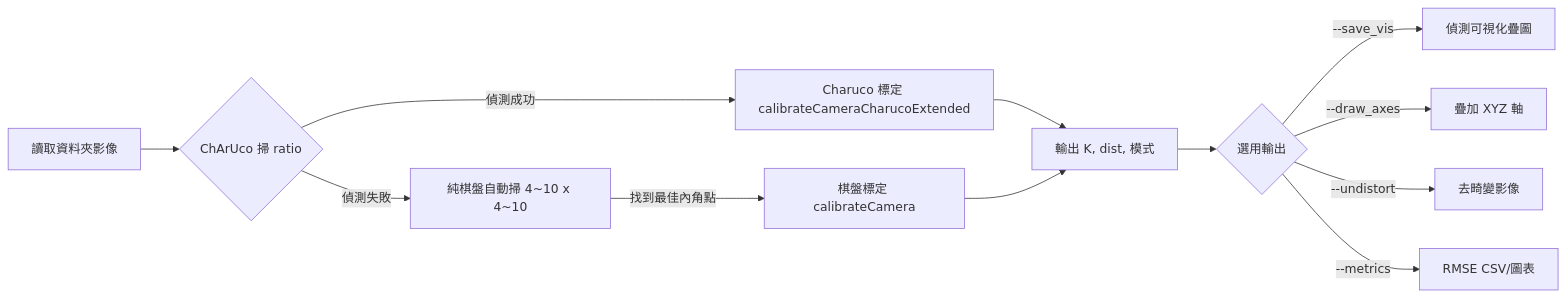
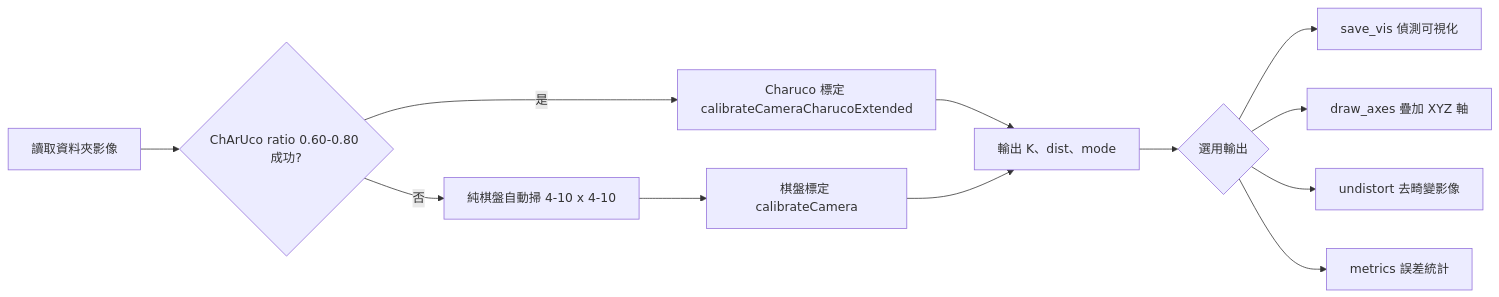
Before and after one commit to wstone302/Self-Cal: the diagram in README.md, drawn with Mermaid.

````diff
--- a/README.md
+++ b/README.md
@@ -69,14 +69,14 @@
 ```mermaid
 flowchart LR
-  A[讀取資料夾影像] --> B{ChArUco 掃 ratio}
-  B -->|偵測成功| C[Charuco 標定 calibrateCameraCharucoExtended]
-  B -->|偵測失敗| D[純棋盤自動掃 4~10 x 4~10]
-  D -->|找到最佳內角點| E[棋盤標定 calibrateCamera]
-  C --> F[輸出 K, dist, 模式]
+  A[讀取資料夾影像] --> B{"ChArUco ratio 0.60-0.80 成功?"}
+  B -->|是| C[Charuco 標定 calibrateCameraCharucoExtended]
+  B -->|否| D[純棋盤自動掃 4-10 x 4-10]
+  D --> E[棋盤標定 calibrateCamera]
+  C --> F[輸出 K、dist、mode]
   E --> F
   F --> G{選用輸出}
-  G -->|--save_vis| H[偵測可視化疊圖]
-  G -->|--draw_axes| I[疊加 XYZ 軸]
-  G -->|--undistort| J[去畸變影像]
-  G -->|--metrics| K[RMSE CSV/圖表]
+  G --> H[save_vis 偵測可視化]
+  G --> I[draw_axes 疊加 XYZ 軸]
+  G --> J[undistort 去畸變影像]
+  G --> K[metrics 誤差統計]
 ```
````
